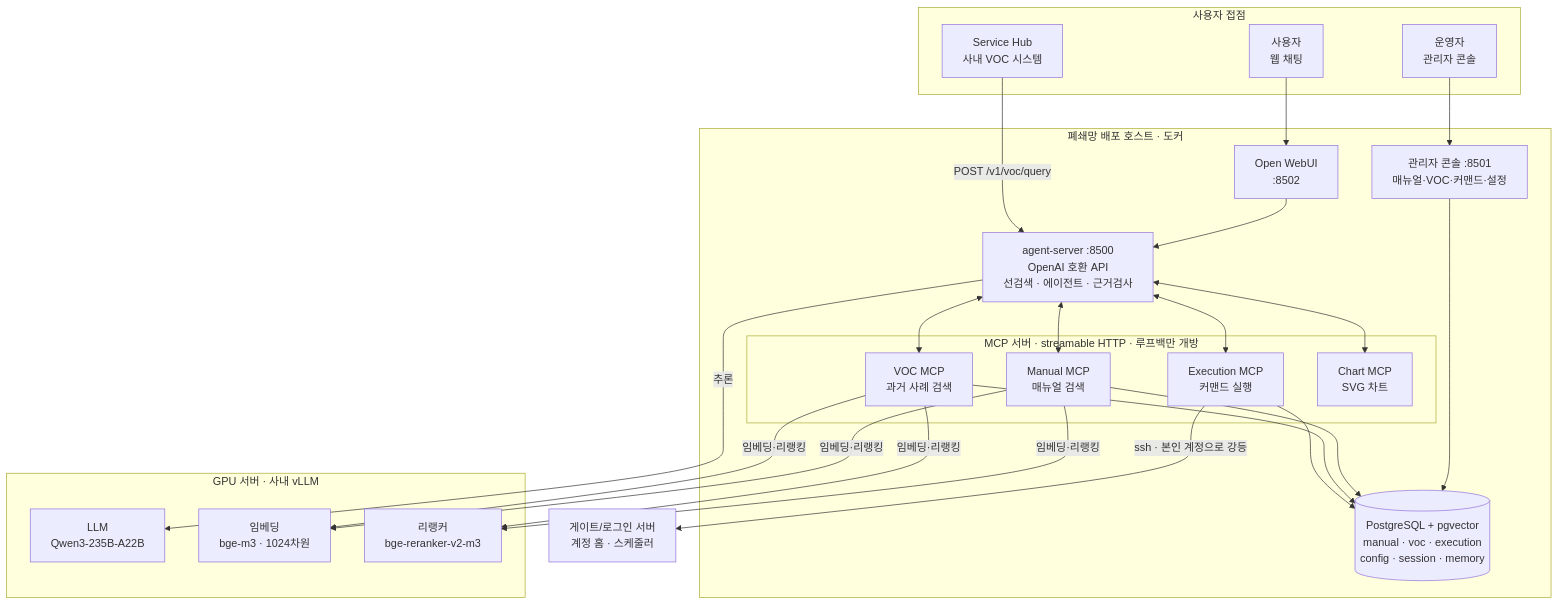
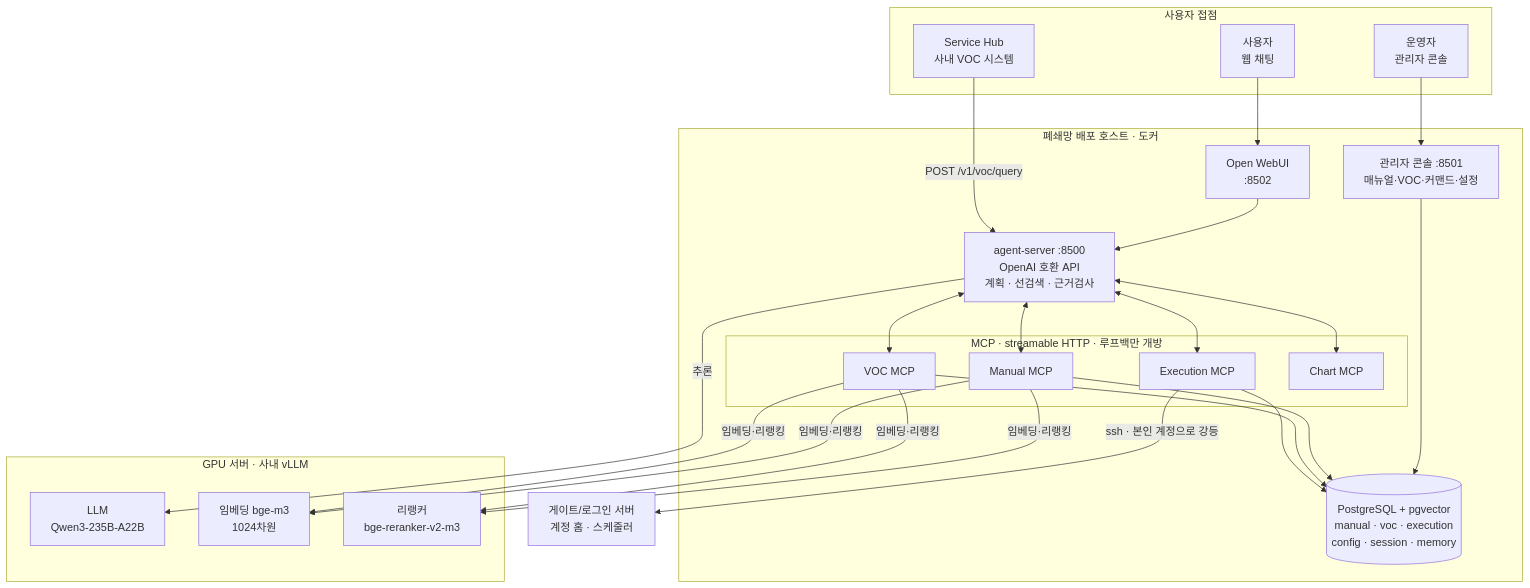
One commit to ssyrc/AI-Infra-Assistant-pub changed the first of 4 diagrams in README.md. Above: the diagram before and after it, drawn with Mermaid. The commit also changed other lines of this file, not shown here.

````diff
--- a/README.md
+++ b/README.md
@@ -27,40 +22,40 @@
 ```mermaid
 flowchart TB
     subgraph clients["사용자 접점"]
         U["사용자<br/>웹 채팅"]
         SH["Service Hub<br/>사내 VOC 시스템"]
         OPS["운영자<br/>관리자 콘솔"]
     end
 
     subgraph app["폐쇄망 배포 호스트 · 도커"]
         WEBUI["Open WebUI<br/>:8502"]
-        AGENT["agent-server :8500<br/>OpenAI 호환 API<br/>선검색 · 에이전트 · 근거검사"]
+        AGENT["agent-server :8500<br/>OpenAI 호환 API<br/>계획 · 선검색 · 근거검사"]
         CONSOLE["관리자 콘솔 :8501<br/>매뉴얼·VOC·커맨드·설정"]
 
-        subgraph mcp["MCP 서버 · streamable HTTP · 루프백만 개방"]
-            M1["Manual MCP<br/>매뉴얼 검색"]
-            M2["VOC MCP<br/>과거 사례 검색"]
-            M3["Execution MCP<br/>커맨드 실행"]
-            M4["Chart MCP<br/>SVG 차트"]
+        subgraph mcp["MCP · streamable HTTP · 루프백만 개방"]
+            M1["Manual MCP"]
+            M2["VOC MCP"]
+            M3["Execution MCP"]
+            M4["Chart MCP"]
         end
 
         PG[("PostgreSQL + pgvector<br/>manual · voc · execution<br/>config · session · memory")]
     end
 
     subgraph gpu["GPU 서버 · 사내 vLLM"]
         LLM["LLM<br/>Qwen3-235B-A22B"]
-        EMB["임베딩<br/>bge-m3 · 1024차원"]
+        EMB["임베딩 bge-m3<br/>1024차원"]
         RRK["리랭커<br/>bge-reranker-v2-m3"]
     end
 
     LOGIN["게이트/로그인 서버<br/>계정 홈 · 스케줄러"]
 
     U --> WEBUI --> AGENT
     SH -->|"POST /v1/voc/query"| AGENT
     OPS --> CONSOLE --> PG
     AGENT <--> M1 & M2 & M3 & M4
     M1 & M2 & M3 --> PG
     AGENT -->|"추론"| LLM
     M1 & M2 -->|"임베딩·리랭킹"| EMB & RRK
     M3 -->|"ssh · 본인 계정으로 강등"| LOGIN
 ```
````
